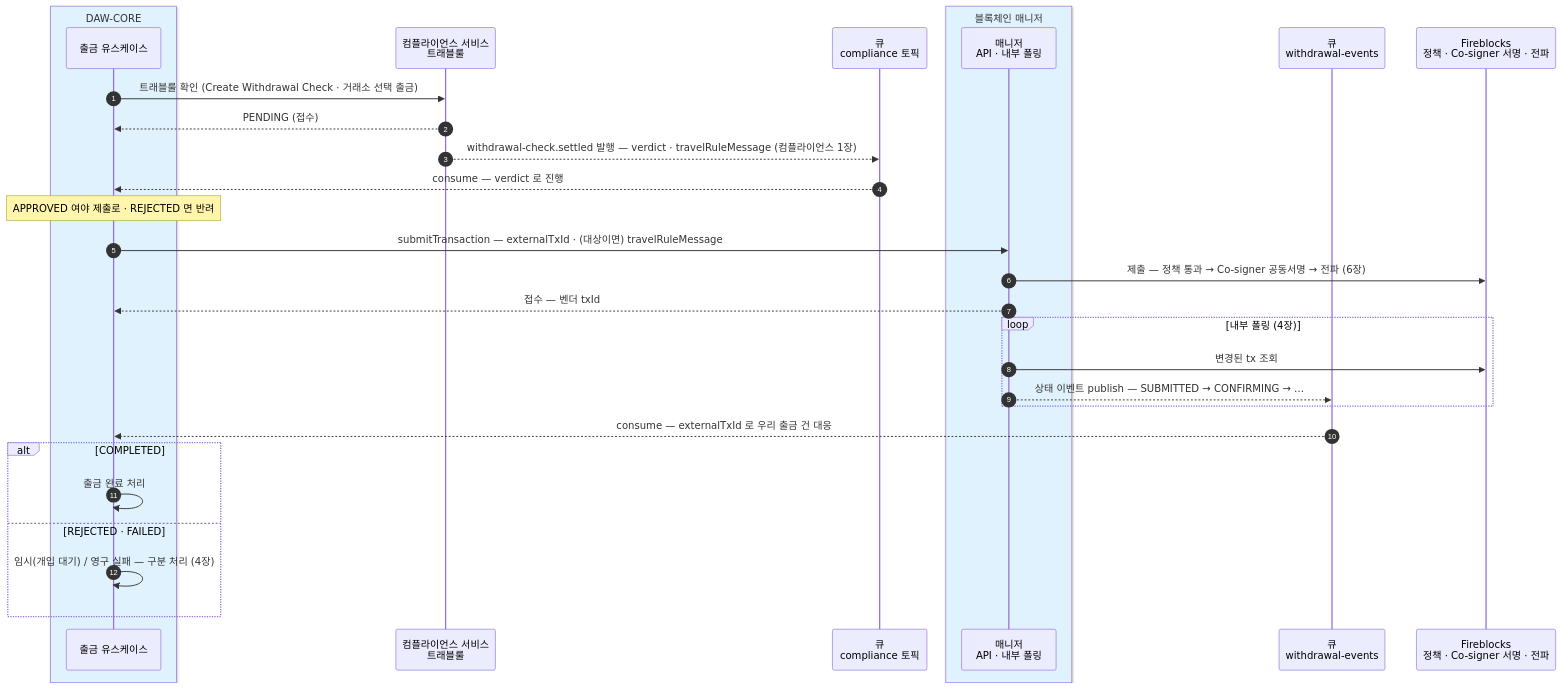
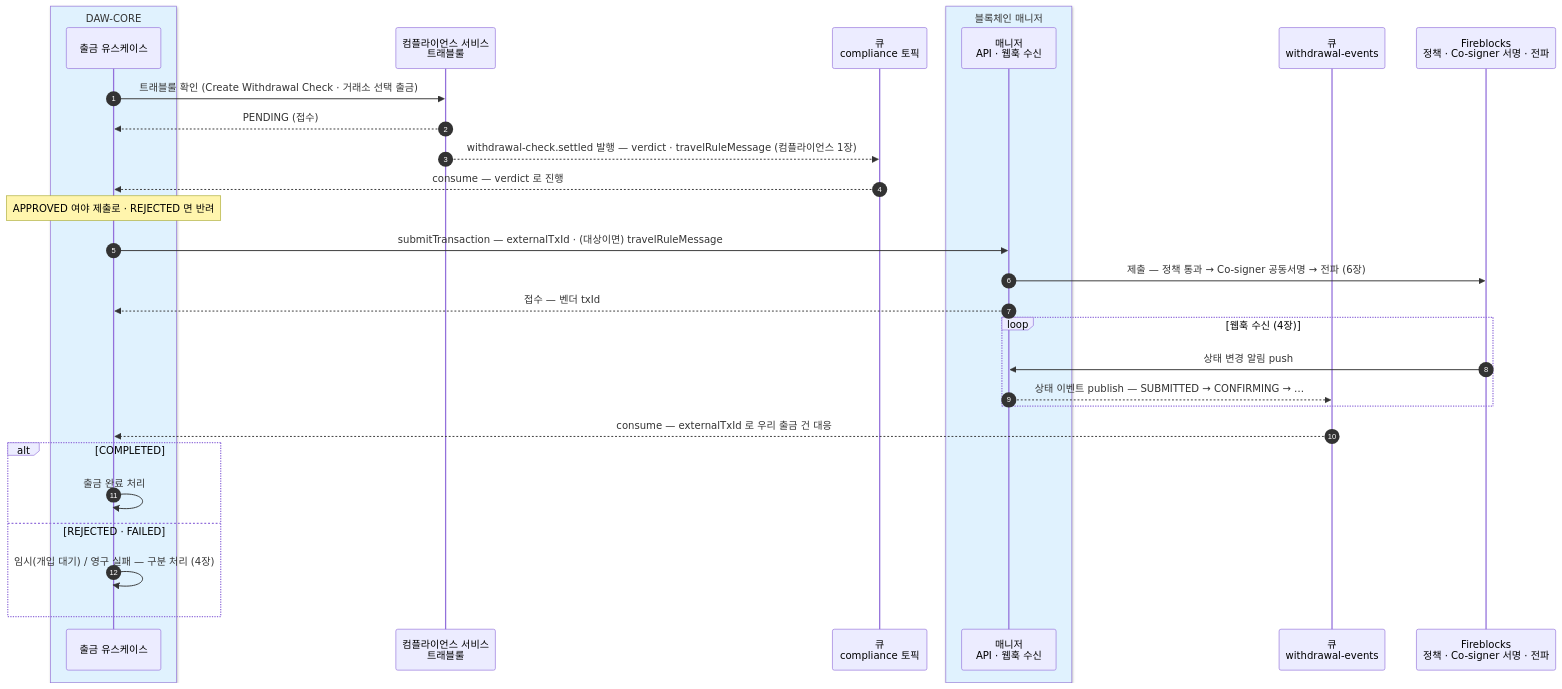
The first of 2 diagrams in blockchain-manager/docs/블록체인매니저/설계/16-interface.md (eunsujeo/eunpus), drawn with Mermaid before and after one commit. The commit also changed other lines of this file and 31 other files, not shown here.

````diff
--- a/blockchain-manager/docs/블록체인매니저/설계/16-interface.md
+++ b/blockchain-manager/docs/블록체인매니저/설계/16-interface.md
@@ -67,33 +67,33 @@
 ```mermaid
 sequenceDiagram
     autonumber
     box rgb(224,242,254) DAW-CORE
     participant BE as 출금 유스케이스
     end
     participant CP as 컴플라이언스 서비스<br/>트래블룰
     participant MQC as 큐<br/>compliance 토픽
     box rgb(224,242,254) 블록체인 매니저
-    participant BM as 매니저<br/>API · 내부 폴링
+    participant BM as 매니저<br/>API · 웹훅 수신
     end
     participant MQ as 큐<br/>withdrawal-events
     participant FB as Fireblocks<br/>정책 · Co-signer 서명 · 전파
 
     BE->>CP: 트래블룰 확인 (Create Withdrawal Check · 거래소 선택 출금)
     CP-->>BE: PENDING (접수)
     CP-->>MQC: withdrawal-check.settled 발행 — verdict · travelRuleMessage (컴플라이언스 1장)
     MQC-->>BE: consume — verdict 로 진행
     Note over BE: APPROVED 여야 제출로 · REJECTED 면 반려
     BE->>BM: submitTransaction — externalTxId · (대상이면) travelRuleMessage
     BM->>FB: 제출 — 정책 통과 → Co-signer 공동서명 → 전파 (6장)
     BM-->>BE: 접수 — 벤더 txId
-    loop 내부 폴링 (4장)
-        BM->>FB: 변경된 tx 조회
+    loop 웹훅 수신 (4장)
+        FB->>BM: 상태 변경 알림 push
         BM-->>MQ: 상태 이벤트 publish — SUBMITTED → CONFIRMING → …
     end
     MQ-->>BE: consume — externalTxId 로 우리 출금 건 대응
     alt COMPLETED
         BE->>BE: 출금 완료 처리
     else REJECTED · FAILED
         BE->>BE: 임시(개입 대기) / 영구 실패 — 구분 처리 (4장)
     end
 ```
````
